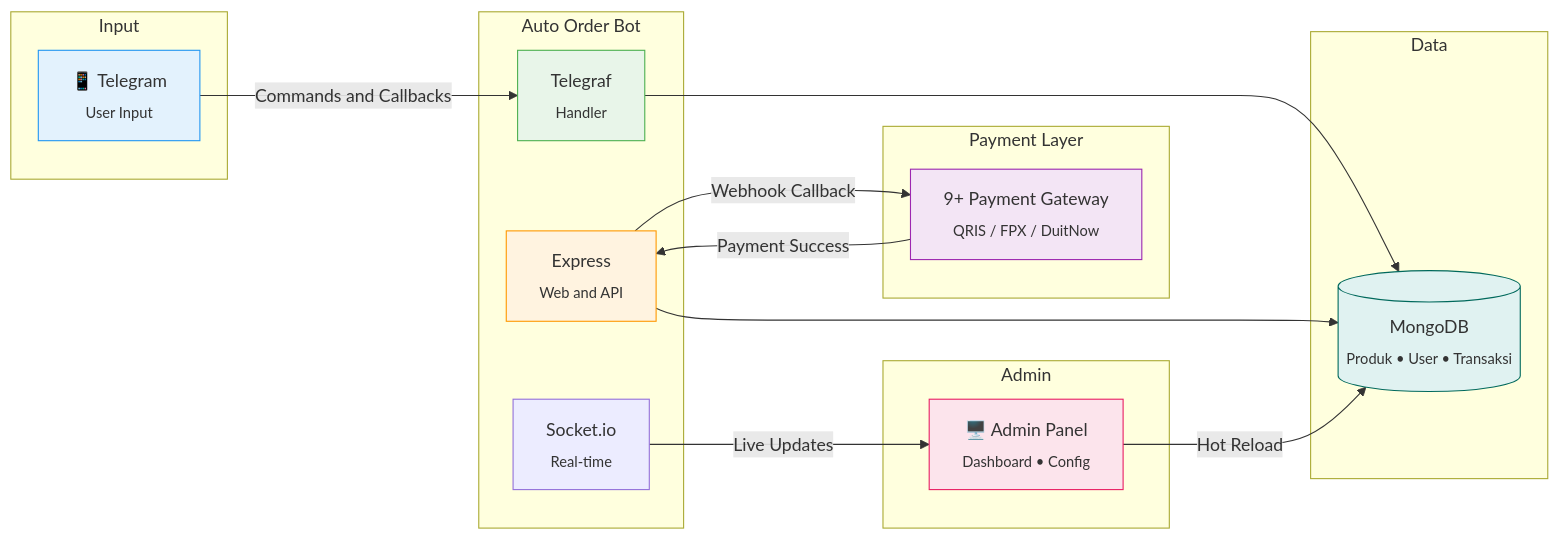
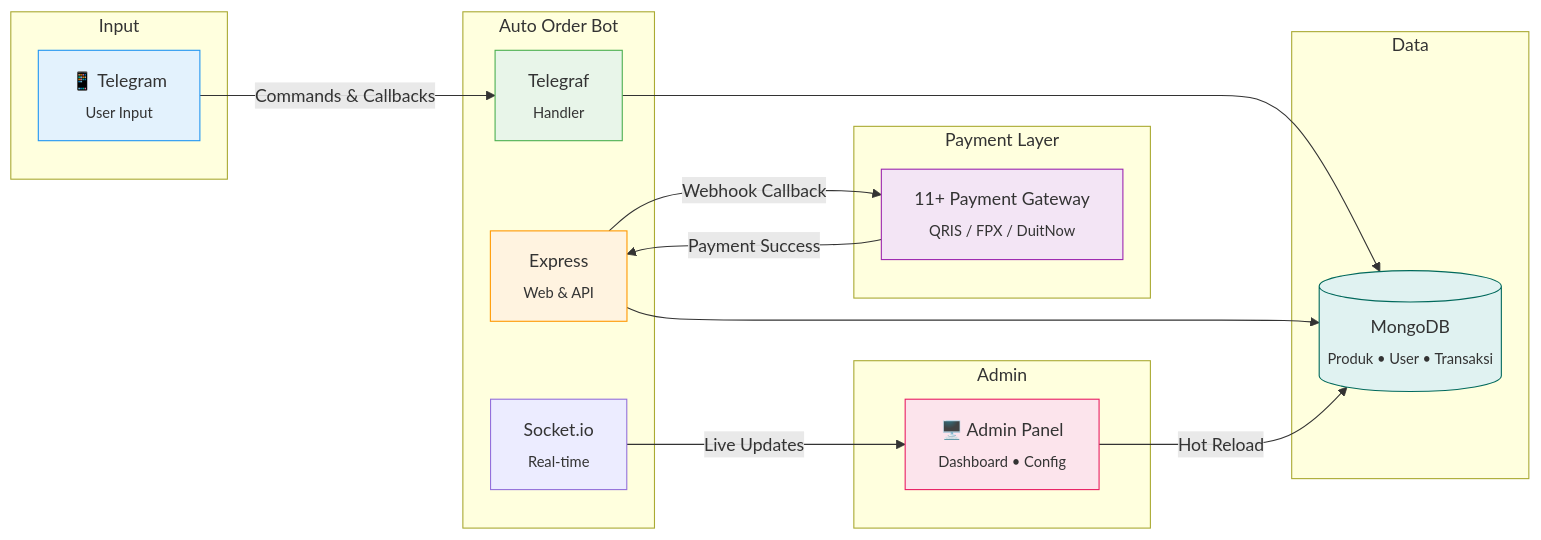
Before and after one commit to jundy779/Auto_Order_BOT: the first of 2 diagrams in README.md, drawn with Mermaid. The commit also changed other lines of this file, not shown here.

````diff
--- a/README.md
+++ b/README.md
@@ -51,39 +52,39 @@
 ```mermaid
 graph LR
     subgraph Input
         TG[📱 Telegram<br/><sub>User Input</sub>]
     end
     
     subgraph Bot[Auto Order Bot]
         TE[Telegraf<br/><sub>Handler</sub>]
-        EX[Express<br/><sub>Web and API</sub>]
+        EX[Express<br/><sub>Web & API</sub>]
         SO[Socket.io<br/><sub>Real-time</sub>]
     end
     
     subgraph Payment[Payment Layer]
-        PG[9+ Payment Gateway<br/><sub>QRIS / FPX / DuitNow</sub>]
+        PG[11+ Payment Gateway<br/><sub>QRIS / FPX / DuitNow</sub>]
     end
     
     subgraph Data
         DB[(MongoDB<br/><sub>Produk • User • Transaksi</sub>)]
     end
     
     subgraph Admin
         AP[🖥️ Admin Panel<br/><sub>Dashboard • Config</sub>]
     end
     
-    TG -->|Commands and Callbacks| TE
+    TG -->|Commands & Callbacks| TE
     TE --> DB
     EX -->|Webhook Callback| PG
     PG -->|Payment Success| EX
     EX --> DB
     AP -->|Hot Reload| DB
     SO -->|Live Updates| AP
     
     style TG fill:#e3f2fd,stroke:#2196f3
     style TE fill:#e8f5e9,stroke:#4caf50
     style EX fill:#fff3e0,stroke:#ff9800
     style PG fill:#f3e5f5,stroke:#9c27b0
     style DB fill:#e0f2f1,stroke:#00695c
     style AP fill:#fce4ec,stroke:#e91e63
 ```
````
